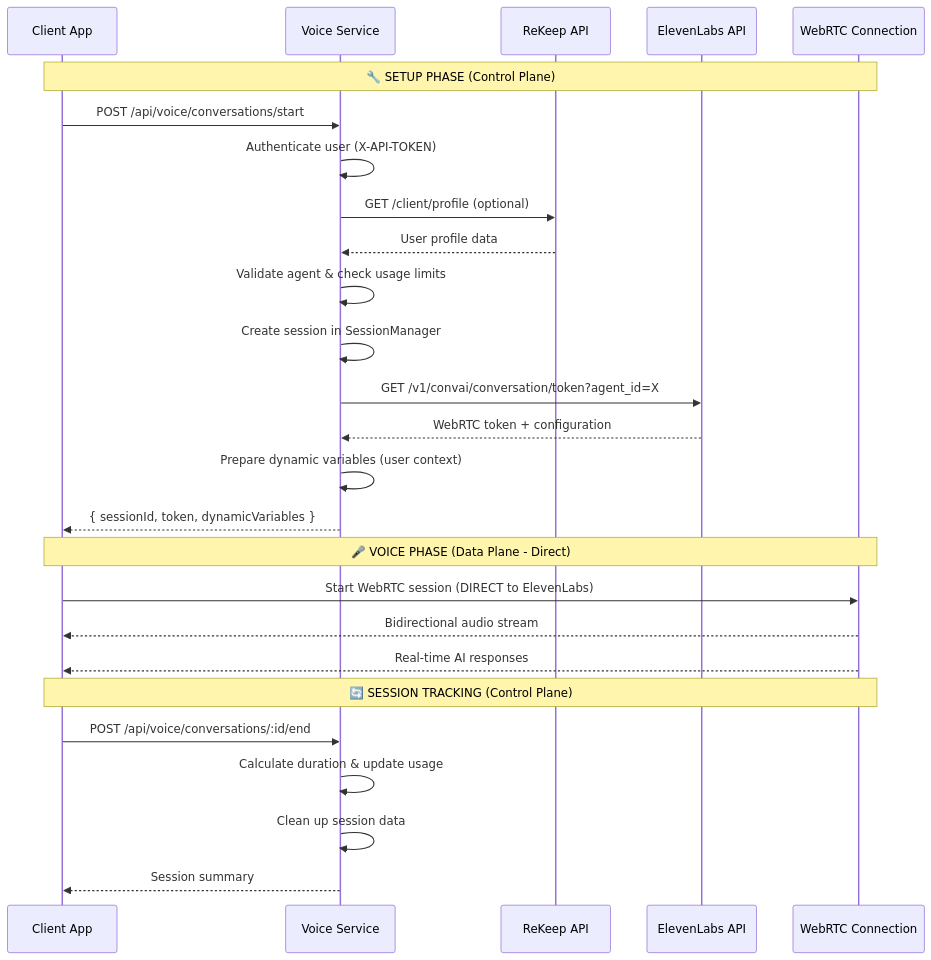
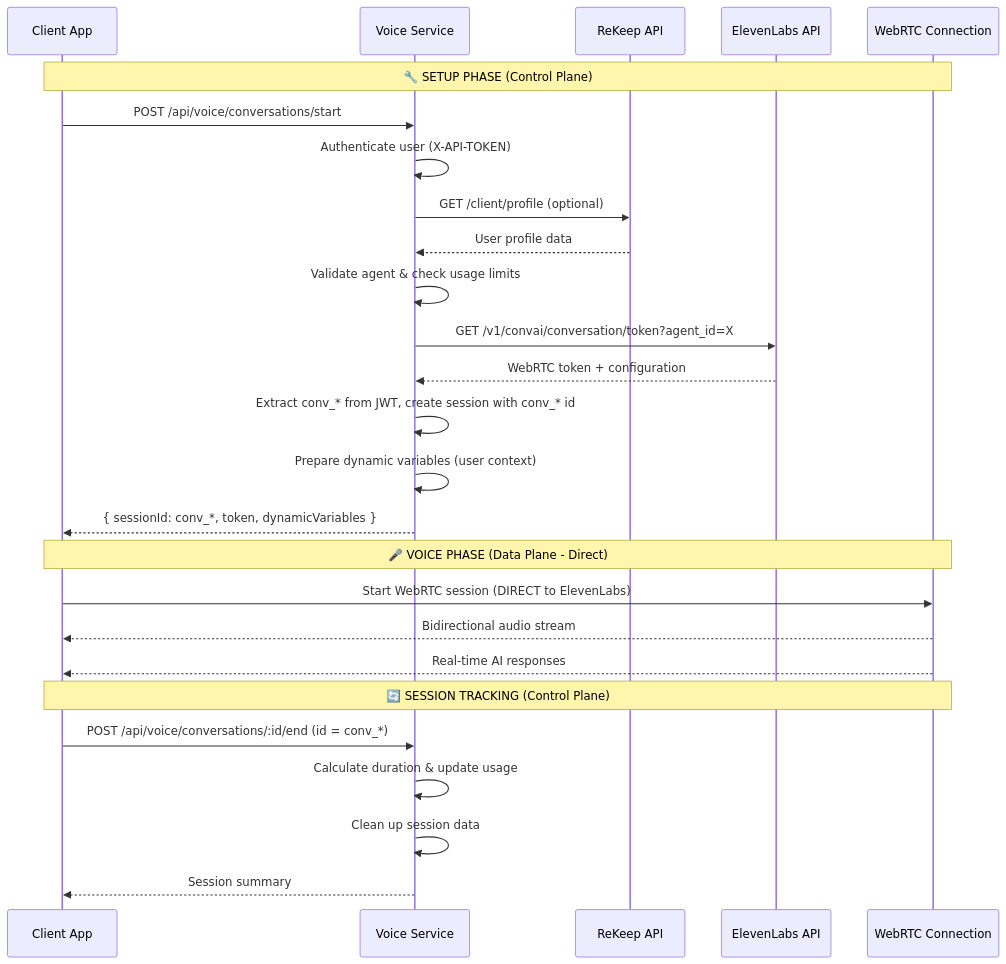
Before and after one commit to novumhouse/voice-service: the diagram in README.md, drawn with Mermaid. The commit also changed other lines of this file and 1 other file, not shown here.

````diff
--- a/README.md
+++ b/README.md
@@ -149,31 +149,31 @@
 ```mermaid
 sequenceDiagram
     participant C as Client App
     participant VS as Voice Service
     participant RA as ReKeep API
     participant EL as ElevenLabs API
     participant WR as WebRTC Connection
     
     Note over C,WR: 🔧 SETUP PHASE (Control Plane)
     C->>VS: POST /api/voice/conversations/start
     VS->>VS: Authenticate user (X-API-TOKEN)
     VS->>RA: GET /client/profile (optional)
     RA-->>VS: User profile data
     VS->>VS: Validate agent & check usage limits
-    VS->>VS: Create session in SessionManager
     VS->>EL: GET /v1/convai/conversation/token?agent_id=X
     EL-->>VS: WebRTC token + configuration
+    VS->>VS: Extract conv_* from JWT, create session with conv_* id
     VS->>VS: Prepare dynamic variables (user context)
-    VS-->>C: { sessionId, token, dynamicVariables }
+    VS-->>C: { sessionId: conv_*, token, dynamicVariables }
     
     Note over C,WR: 🎤 VOICE PHASE (Data Plane - Direct)
     C->>WR: Start WebRTC session (DIRECT to ElevenLabs)
     WR-->>C: Bidirectional audio stream
     WR-->>C: Real-time AI responses
     
     Note over C,WR: 🔄 SESSION TRACKING (Control Plane)
-    C->>VS: POST /api/voice/conversations/:id/end
+    C->>VS: POST /api/voice/conversations/:id/end (id = conv_*)
     VS->>VS: Calculate duration & update usage
     VS->>VS: Clean up session data
     VS-->>C: Session summary
 ```
````
